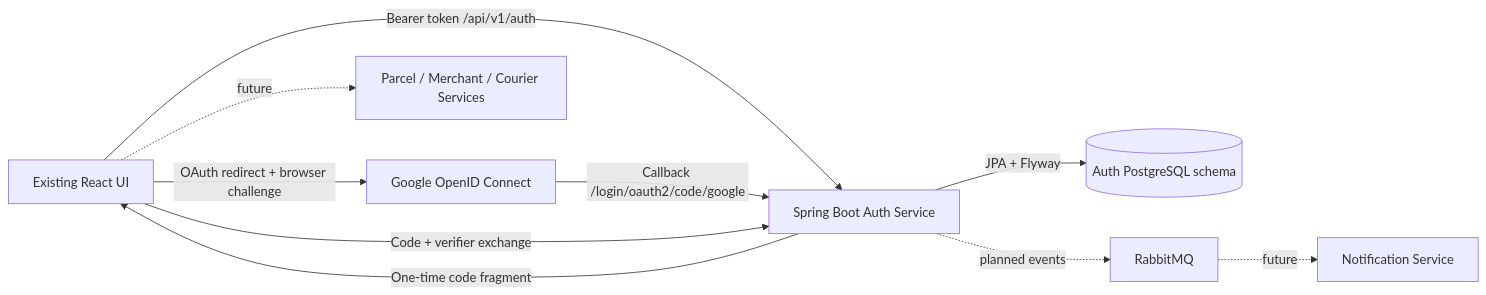
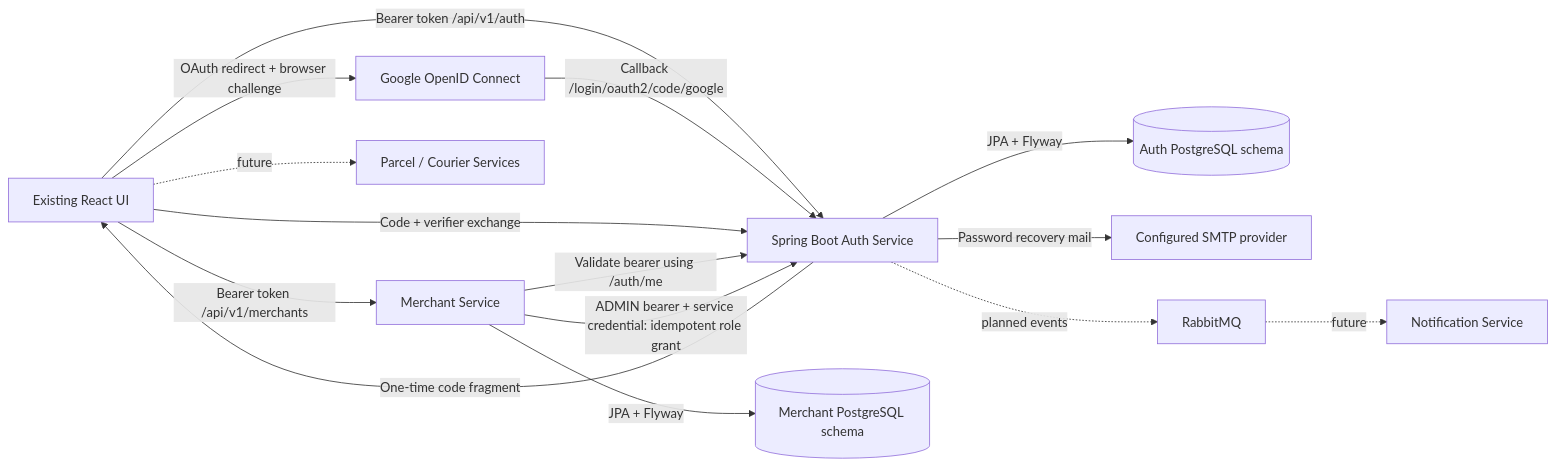
One commit to sal-hir/EAD-_Project changed the diagram in docs/architecture.md. Above: the diagram before and after it, drawn with Mermaid. The commit also changed other lines of this file and 77 other files, not shown here.

Commit message:
password recovery and Merchant Service business registration with administrator approval implemented

````diff
--- a/docs/architecture.md
+++ b/docs/architecture.md
@@ -3,12 +3,17 @@
 ```mermaid
 flowchart LR
     Browser[Existing React UI] -->|Bearer token /api/v1/auth| Auth[Spring Boot Auth Service]
     Browser -->|OAuth redirect + browser challenge| Google[Google OpenID Connect]
     Google -->|Callback /login/oauth2/code/google| Auth
     Auth -->|One-time code fragment| Browser
     Browser -->|Code + verifier exchange| Auth
     Auth -->|JPA + Flyway| DB[(Auth PostgreSQL schema)]
+    Browser -->|Bearer token /api/v1/merchants| Merchant[Merchant Service]
+    Merchant -->|Validate bearer using /auth/me| Auth
+    Merchant -->|ADMIN bearer + service credential: idempotent role grant| Auth
+    Merchant -->|JPA + Flyway| MerchantDB[(Merchant PostgreSQL schema)]
+    Auth -->|Password recovery mail| SMTP[Configured SMTP provider]
     Auth -. planned events .-> MQ[RabbitMQ]
     MQ -. future .-> Notification[Notification Service]
-    Browser -. future .-> Business[Parcel / Merchant / Courier Services]
+    Browser -. future .-> Business[Parcel / Courier Services]
 ```
````
